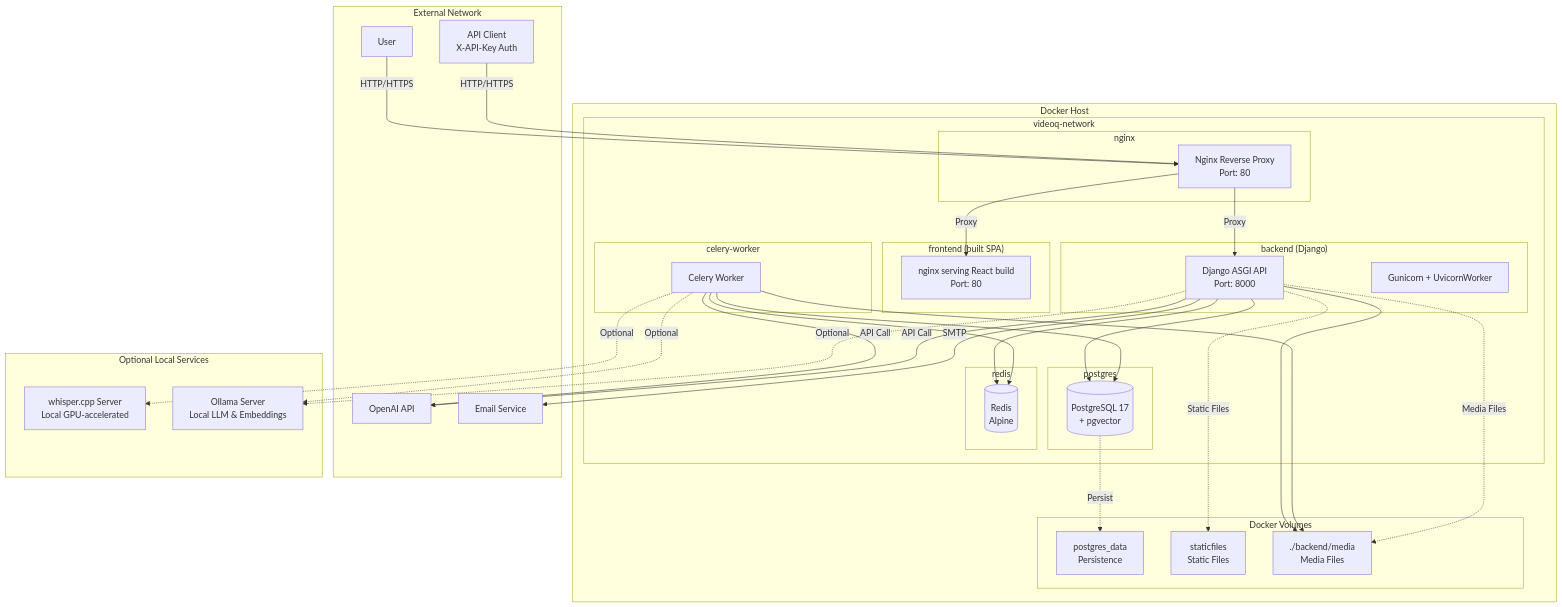
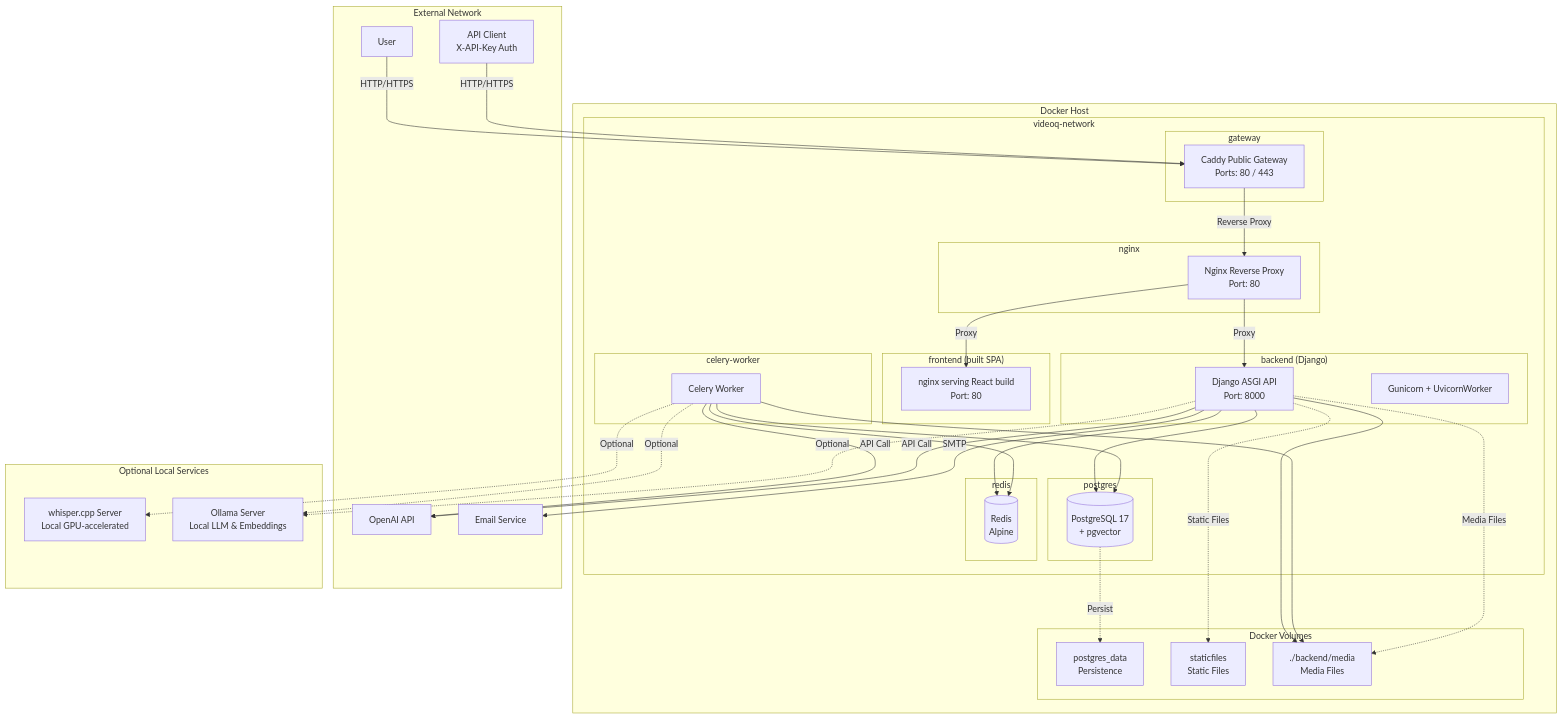
The first of 7 diagrams in docs/design/deployment-diagram.md (yukiharada1228/videoq), drawn with Mermaid before and after one commit. The commit also changed other lines of this file and 12 other files, not shown here.

Commit message:
docs: update system design, sequence diagrams, database schemas, and requirements docs

````diff
--- a/docs/design/deployment-diagram.md
+++ b/docs/design/deployment-diagram.md
@@ -9,70 +9,74 @@
 ```mermaid
 graph TB
     subgraph DockerHost["Docker Host"]
         subgraph Network["videoq-network"]
+            subgraph GatewayContainer["gateway"]
+                Caddy[Caddy Public Gateway<br/>Ports: 80 / 443]
+            end
             subgraph FrontendContainer["frontend (built SPA)"]
                 FrontendSPA[nginx serving React build<br/>Port: 80]
             end
             
             subgraph BackendContainer["backend (Django)"]
                 Django[Django ASGI API<br/>Port: 8000]
                 Gunicorn[Gunicorn + UvicornWorker]
             end
             
             subgraph CeleryContainer["celery-worker"]
                 CeleryWorker[Celery Worker]
             end
             
             subgraph NginxContainer["nginx"]
                 Nginx[Nginx Reverse Proxy<br/>Port: 80]
             end
             
             subgraph PostgresContainer["postgres"]
                 PostgreSQL[(PostgreSQL 17<br/>+ pgvector)]
             end
             
             subgraph RedisContainer["redis"]
                 Redis[(Redis<br/>Alpine)]
             end
         end
         
         subgraph Volumes["Docker Volumes"]
             PostgresData[postgres_data<br/>Persistence]
             StaticFiles[staticfiles<br/>Static Files]
             MediaFiles[./backend/media<br/>Media Files]
         end
     end
     
     subgraph External["External Network"]
         User[User]
         ApiClient[API Client<br/>X-API-Key Auth]
         OpenAI[OpenAI API]
         EmailService[Email Service]
     end
 
     subgraph LocalServices["Optional Local Services"]
         WhisperLocal[whisper.cpp Server<br/>Local GPU-accelerated]
         OllamaLocal[Ollama Server<br/>Local LLM & Embeddings]
     end
 
-    User -->|HTTP/HTTPS| Nginx
+    User -->|HTTP/HTTPS| Caddy
+    Caddy -->|Reverse Proxy| Nginx
     Nginx -->|Proxy| FrontendSPA
     Nginx -->|Proxy| Django
     Django --> PostgreSQL
     Django --> Redis
     Django --> MediaFiles
     CeleryWorker --> Redis
     CeleryWorker --> PostgreSQL
     CeleryWorker --> MediaFiles
     CeleryWorker -->|API Call| OpenAI
     CeleryWorker -.->|Optional| WhisperLocal
     CeleryWorker -.->|Optional| OllamaLocal
     Django -->|API Call| OpenAI
     Django -.->|Optional| OllamaLocal
     Django -->|SMTP| EmailService
-    ApiClient -->|HTTP/HTTPS| Nginx
+    ApiClient -->|HTTP/HTTPS| Caddy
     
     PostgreSQL -.->|Persist| PostgresData
     Django -.->|Static Files| StaticFiles
     Django -.->|Media Files| MediaFiles
 ```
````
